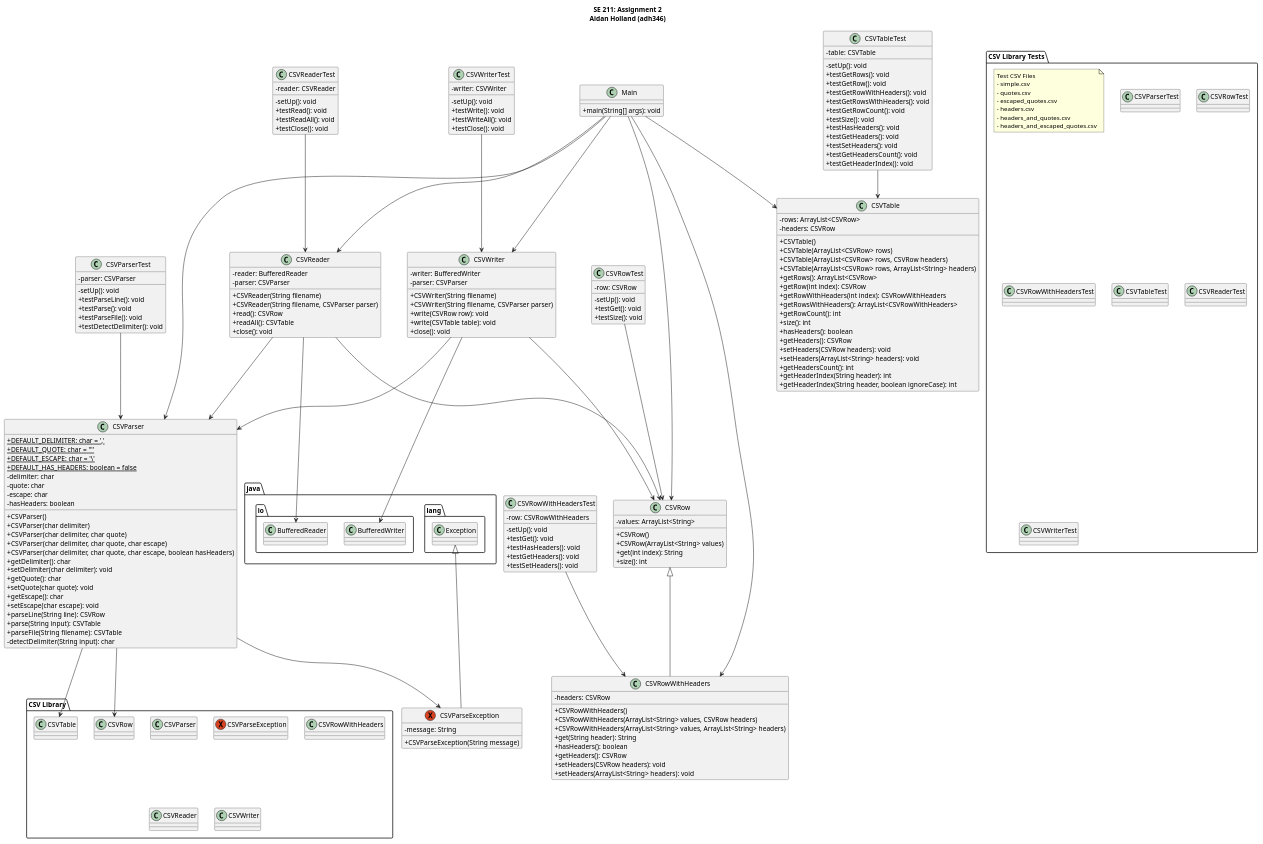
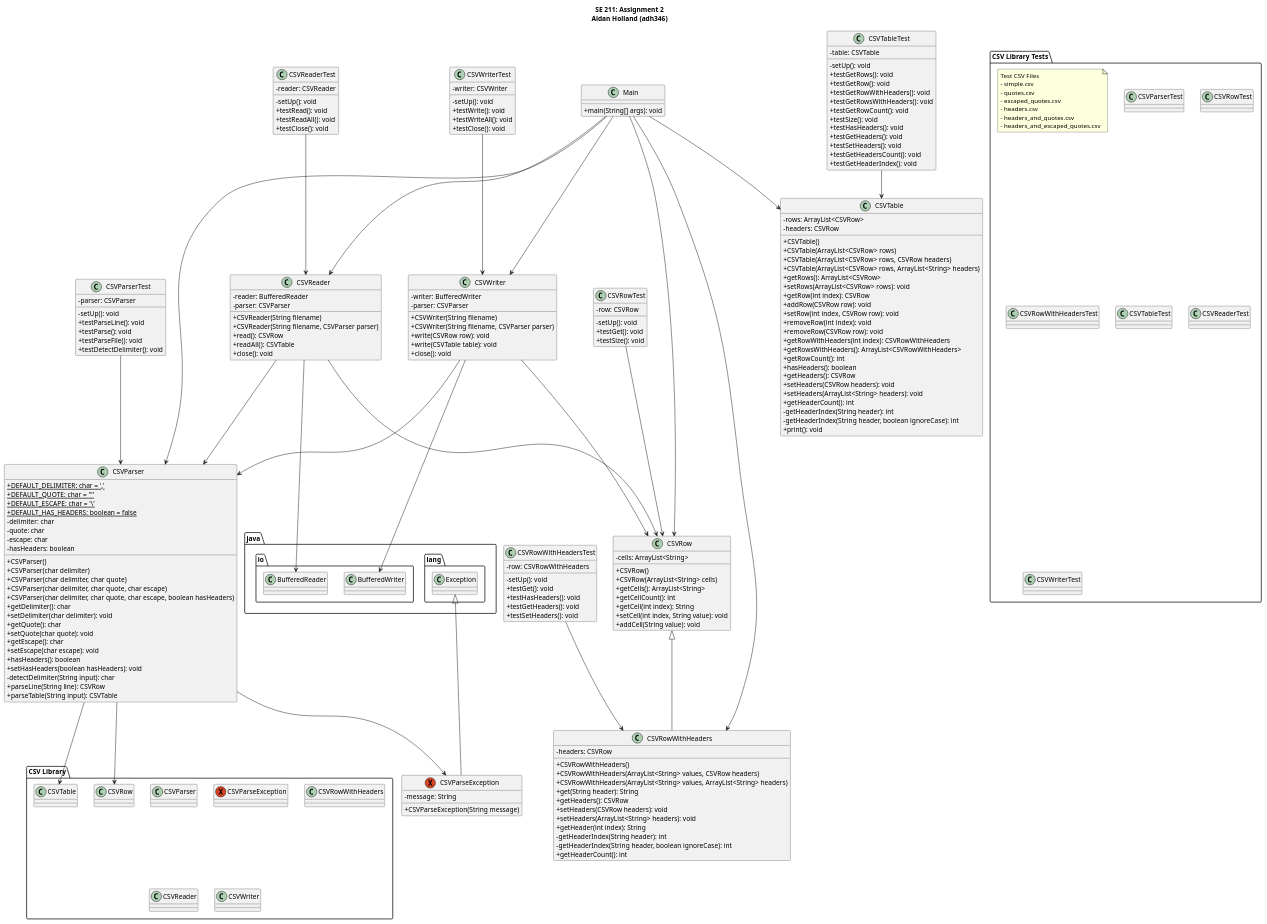
The diagram in SE 211/Assignments/Assignment2/assignment_2.plantuml (thehappydinoa/DrexelWinterTerm2022-2023), drawn with PlantUML before and after one commit. The commit also changed 10 other files, not shown here.

```diff
--- a/SE 211/Assignments/Assignment2/assignment_2.plantuml
+++ b/SE 211/Assignments/Assignment2/assignment_2.plantuml
@@ -70,10 +70,11 @@
   +setQuote(char quote): void
   +getEscape(): char
   +setEscape(char escape): void
+  +hasHeaders(): boolean
+  +setHasHeaders(boolean hasHeaders): void
+  -detectDelimiter(String input): char
   +parseLine(String line): CSVRow
-  +parse(String input): CSVTable
-  +parseFile(String filename): CSVTable
-  -detectDelimiter(String input): char
+  +parseTable(String input): CSVTable
 }
 CSVParser --> CSVParseException
 CSVParser --> CSVRow
@@ -81,13 +82,16 @@
 
 class CSVRow {
   ' Fields
-  -values: ArrayList<String>
+  -cells: ArrayList<String>
   ' Constructors
   +CSVRow()
-  +CSVRow(ArrayList<String> values)
+  +CSVRow(ArrayList<String> cells)
   ' Methods
-  +get(int index): String
-  +size(): int
+  +getCells(): ArrayList<String>
+  +getCellCount(): int
+  +getCell(int index): String
+  +setCell(int index, String value): void
+  +addCell(String value): void
 }
 
 class CSVRowWithHeaders extends CSVRow {
@@ -99,10 +103,13 @@
   +CSVRowWithHeaders(ArrayList<String> values, ArrayList<String> headers)
   ' Methods
   +get(String header): String
-  +hasHeaders(): boolean
   +getHeaders(): CSVRow
   +setHeaders(CSVRow headers): void
   +setHeaders(ArrayList<String> headers): void
+  +getHeader(int index): String
+  -getHeaderIndex(String header): int
+  -getHeaderIndex(String header, boolean ignoreCase): int
+  +getHeaderCount(): int
 }
 
 class CSVTable {
@@ -116,18 +123,23 @@
   +CSVTable(ArrayList<CSVRow> rows, ArrayList<String> headers)
   ' Methods
   +getRows(): ArrayList<CSVRow>
+  +setRows(ArrayList<CSVRow> rows): void
   +getRow(int index): CSVRow
+  +addRow(CSVRow row): void
+  +setRow(int index, CSVRow row): void
+  +removeRow(int index): void
+  +removeRow(CSVRow row): void
   +getRowWithHeaders(int index): CSVRowWithHeaders
   +getRowsWithHeaders(): ArrayList<CSVRowWithHeaders>
   +getRowCount(): int
-  +size(): int
   +hasHeaders(): boolean
   +getHeaders(): CSVRow
   +setHeaders(CSVRow headers): void
   +setHeaders(ArrayList<String> headers): void
-  +getHeadersCount(): int
-  +getHeaderIndex(String header): int
-  +getHeaderIndex(String header, boolean ignoreCase): int
+  +getHeaderCount(): int
+  -getHeaderIndex(String header): int
+  -getHeaderIndex(String header, boolean ignoreCase): int
+  +print(): void
 }
 
 class CSVReader {
```
